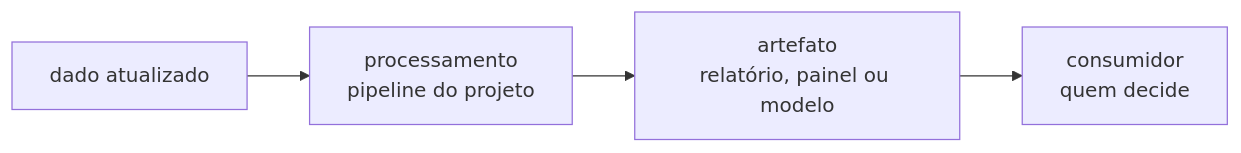
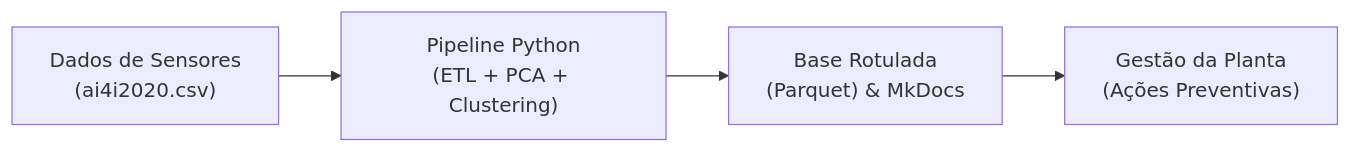
One commit to Emanuel085/trab_unifor_template changed the diagram in docs/implementacao.md. Above: the diagram before and after it, drawn with Mermaid. The commit also changed other lines of this file and 5 other files, not shown here.

````diff
--- a/docs/implementacao.md
+++ b/docs/implementacao.md
@@ -32,6 +16,6 @@
 ```mermaid
 flowchart LR
-    A["dado atualizado"] --> B["processamento<br/>pipeline do projeto"]
-    B --> C["artefato<br/>relatório, painel ou modelo"]
-    C --> D["consumidor<br/>quem decide"]
+    A["Dados de Sensores<br/>(ai4i2020.csv)"] --> B["Pipeline Python<br/>(ETL + PCA + Clustering)"]
+    B --> C["Base Rotulada<br/>(Parquet) & MkDocs"]
+    C --> D["Gestão da Planta<br/>(Ações Preventivas)"]
 ```
````
